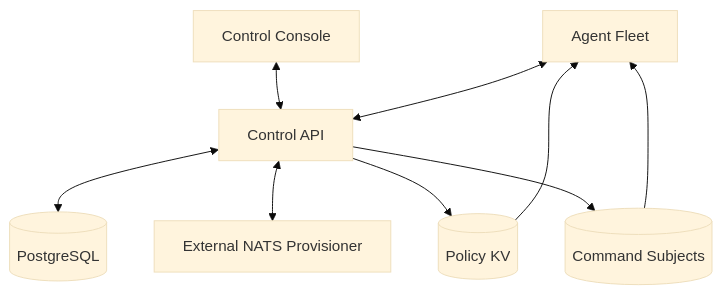
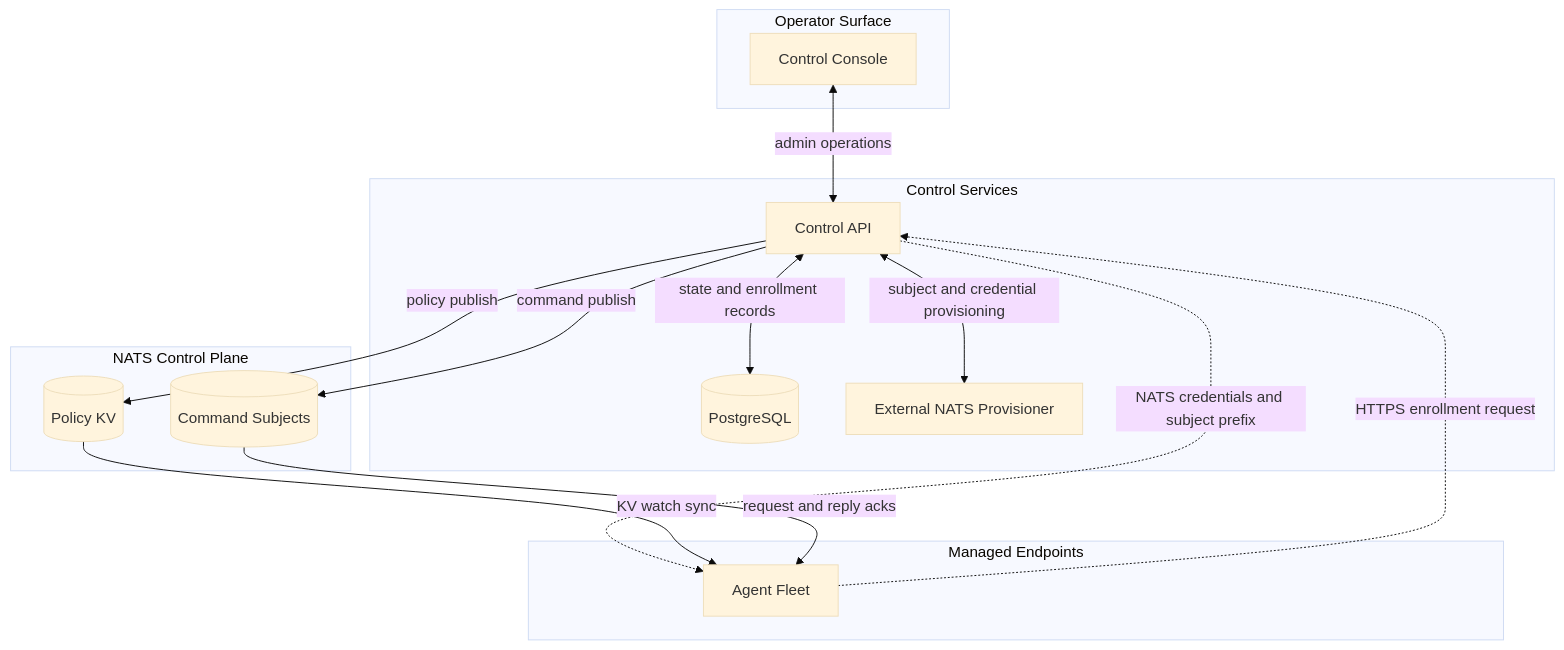
The second of 3 diagrams in README.md (ansulev/clawdstrike), drawn with Mermaid (base theme) before and after one commit.

Commit message:
docs(readme): polish control plane architecture diagram (#152)

````diff
--- a/README.md
+++ b/README.md
@@ -696,19 +696,32 @@
 ```mermaid
 flowchart TB
-    AF[Agent Fleet]
-    API[Control API]
-    DASH[Control Console]
-    DB[(PostgreSQL)]
-    PROV[External NATS Provisioner]
-    KV[(Policy KV)]
-    CMD[(Command Subjects)]
+    subgraph ops ["Operator Surface"]
+        DASH[Control Console]
+    end
 
-    DASH <--> API
-    API <--> DB
-    API <--> PROV
-    AF <--> API
-    API --> KV
-    KV --> AF
-    API --> CMD
-    CMD --> AF
+    subgraph control ["Control Services"]
+        API[Control API]
+        DB[(PostgreSQL)]
+        PROV[External NATS Provisioner]
+    end
+
+    subgraph nats ["NATS Control Plane"]
+        KV[(Policy KV)]
+        CMD[(Command Subjects)]
+    end
+
+    subgraph fleet ["Managed Endpoints"]
+        AF[Agent Fleet]
+    end
+
+    DASH <-->|admin operations| API
+    API <-->|state and enrollment records| DB
+    API <-->|subject and credential provisioning| PROV
+
+    AF -.->|HTTPS enrollment request| API
+    API -.->|NATS credentials and subject prefix| AF
+    API -->|policy publish| KV
+    KV -->|KV watch sync| AF
+    API -->|command publish| CMD
+    CMD -->|request and reply acks| AF
 ```
````
